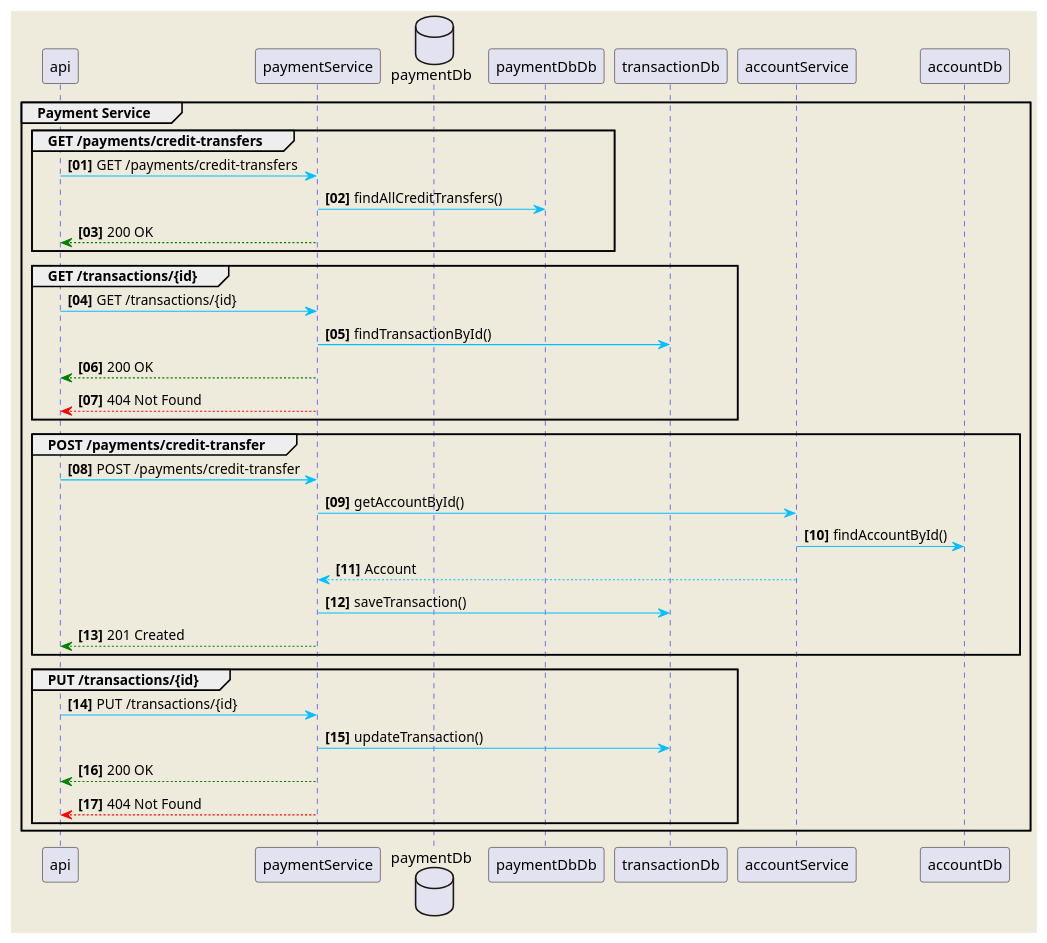
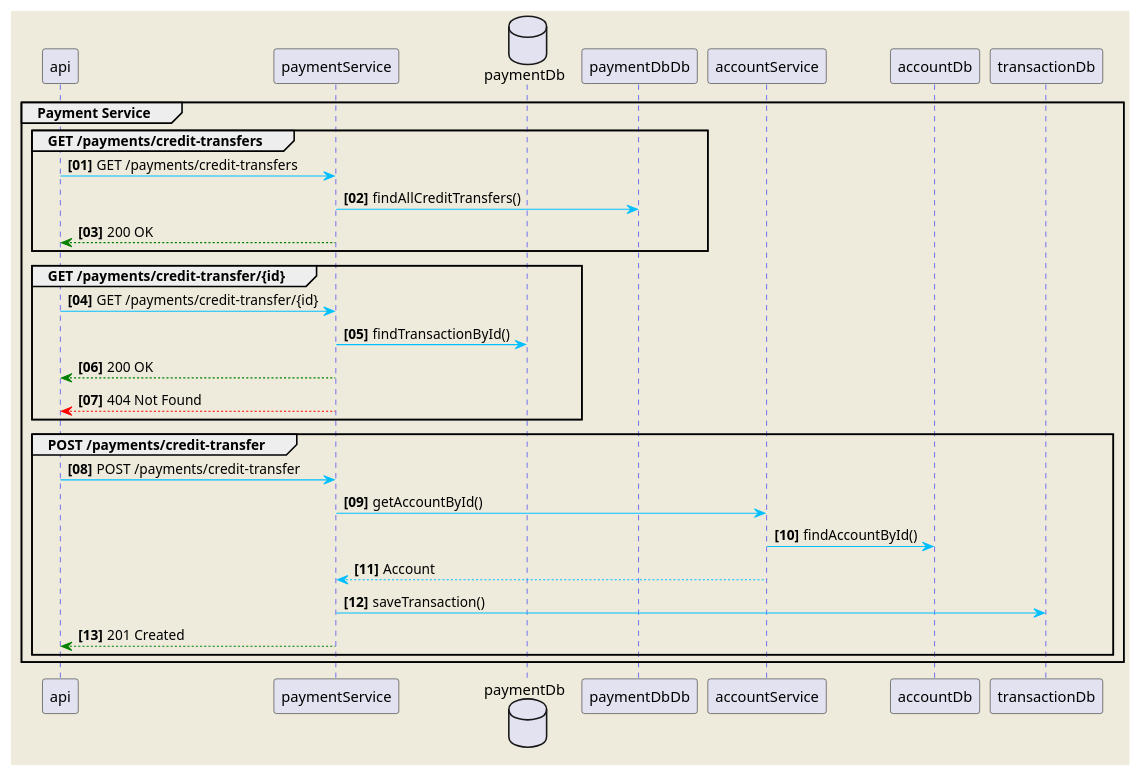
Before and after one commit to C0d3N1nJ4/payment-service: the diagram in docs/payment.plantuml, drawn with PlantUML. The commit also changed 1 other file, not shown here.

```diff
--- a/docs/payment.plantuml
+++ b/docs/payment.plantuml
@@ -1,38 +1,32 @@
 @startuml
 skinparam backgroundColor #EEEBDC
 skinparam sequence {
 ArrowColor DeepSkyBlue
 ActorBorderColor DeepSkyBlue
 LifeLineBorderColor blue
 LifeLineBackgroundColor #A9DCDF}
 
 autonumber 1 1 "<b>[00]"
 group Payment Service
     group GET /payments/credit-transfers
         api -> paymentService: GET /payments/credit-transfers
         database    paymentDb    as paymentDb
         paymentService -> paymentDbDb: findAllCreditTransfers()
         api <-[#green]- paymentService: 200 OK
     end
-    group GET /transactions/{id}
-        api -> paymentService: GET /transactions/{id}
-        paymentService -> transactionDb: findTransactionById()
+    group GET /payments/credit-transfer/{id}
+        api -> paymentService: GET /payments/credit-transfer/{id}
+        paymentService -> paymentDb: findTransactionById()
         api <-[#green]- paymentService: 200 OK
         api <-[#red]- paymentService: 404 Not Found
     end
     group POST /payments/credit-transfer
            api -> paymentService: POST /payments/credit-transfer
             paymentService -> accountService: getAccountById()
             accountService -> accountDb: findAccountById()
             accountService --> paymentService: Account
             paymentService -> transactionDb: saveTransaction()
             api <-[#green]- paymentService: 201 Created
     end
-    group PUT /transactions/{id}
-        api -> paymentService: PUT /transactions/{id}
-        paymentService -> transactionDb: updateTransaction()
-        api <-[#green]- paymentService: 200 OK
-        api <-[#red]- paymentService: 404 Not Found
-    end
 end
 @enduml
```
